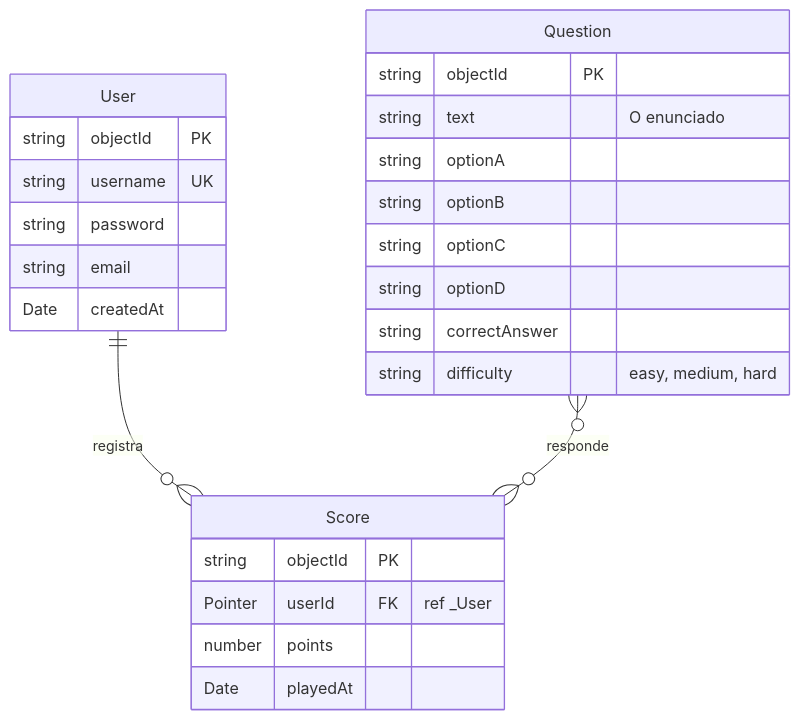
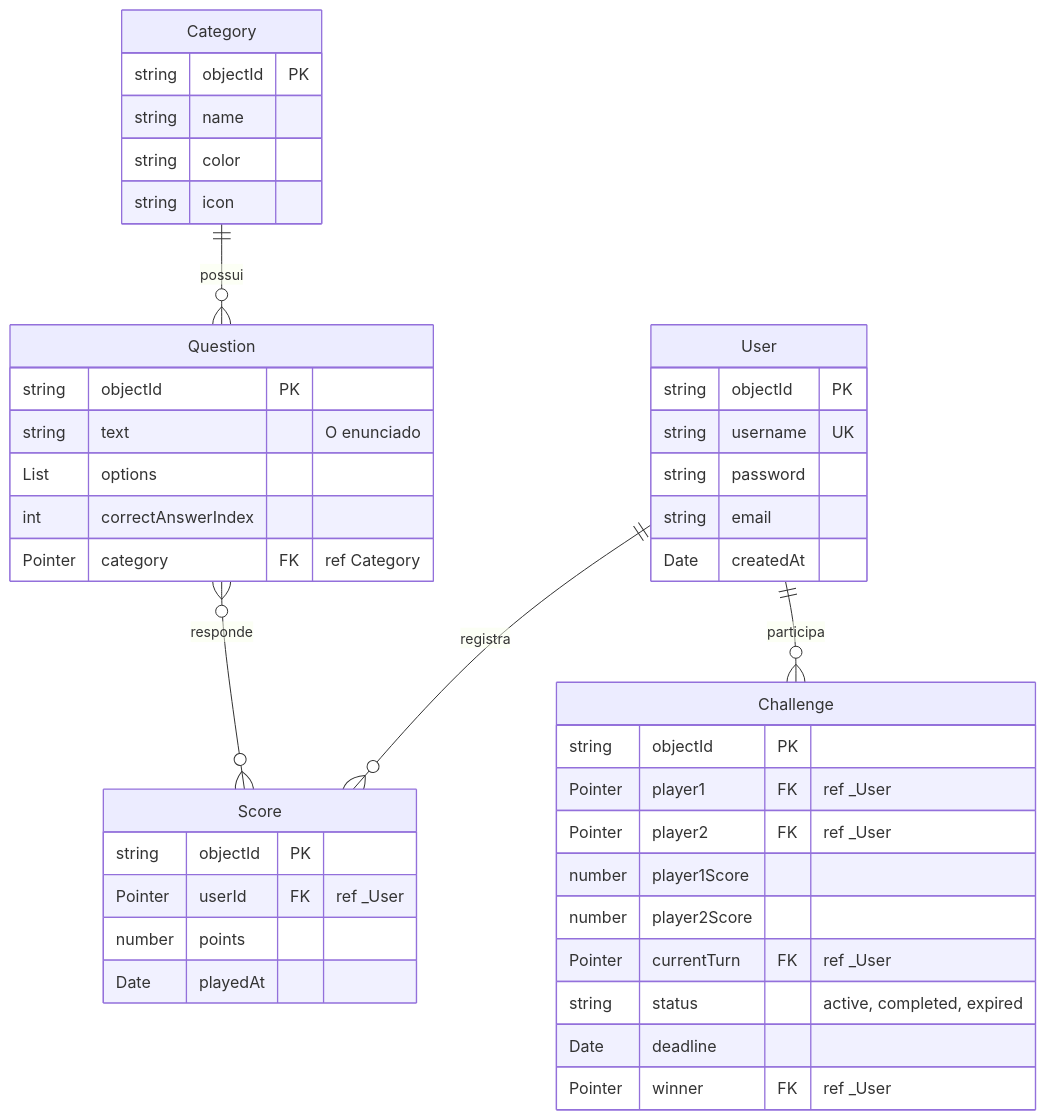
One commit to 0dawara/perguntados changed the third of 3 diagrams in ARCHITECTURE.md. Above: the diagram before and after it, drawn with Mermaid. The commit also changed 1 other file, not shown here.

Commit message:
docs: update architecture ER diagram with new challenge and category entities and refine project documentation

````diff
--- a/ARCHITECTURE.md
+++ b/ARCHITECTURE.md
@@ -74,31 +74,49 @@
 ```mermaid
 erDiagram
     User ||--o{ Score : registra
+    User ||--o{ Challenge : participa
+    Category ||--o{ Question : possui
     Question }o--o{ Score : responde
 
     User {
         string objectId PK
         string username UK
         string password
         string email
         Date createdAt
     }
 
+    Category {
+        string objectId PK
+        string name
+        string color
+        string icon
+    }
+
     Question {
         string objectId PK
         string text "O enunciado"
-        string optionA
-        string optionB
-        string optionC
-        string optionD
-        string correctAnswer
-        string difficulty "easy, medium, hard"
+        List options
+        int correctAnswerIndex
+        Pointer category FK "ref Category"
     }
 
     Score {
         string objectId PK
         Pointer userId FK "ref _User"
         number points
         Date playedAt
     }
+
+    Challenge {
+        string objectId PK
+        Pointer player1 FK "ref _User"
+        Pointer player2 FK "ref _User"
+        number player1Score
+        number player2Score
+        Pointer currentTurn FK "ref _User"
+        string status "active, completed, expired"
+        Date deadline
+        Pointer winner FK "ref _User"
+    }
 ```
````
